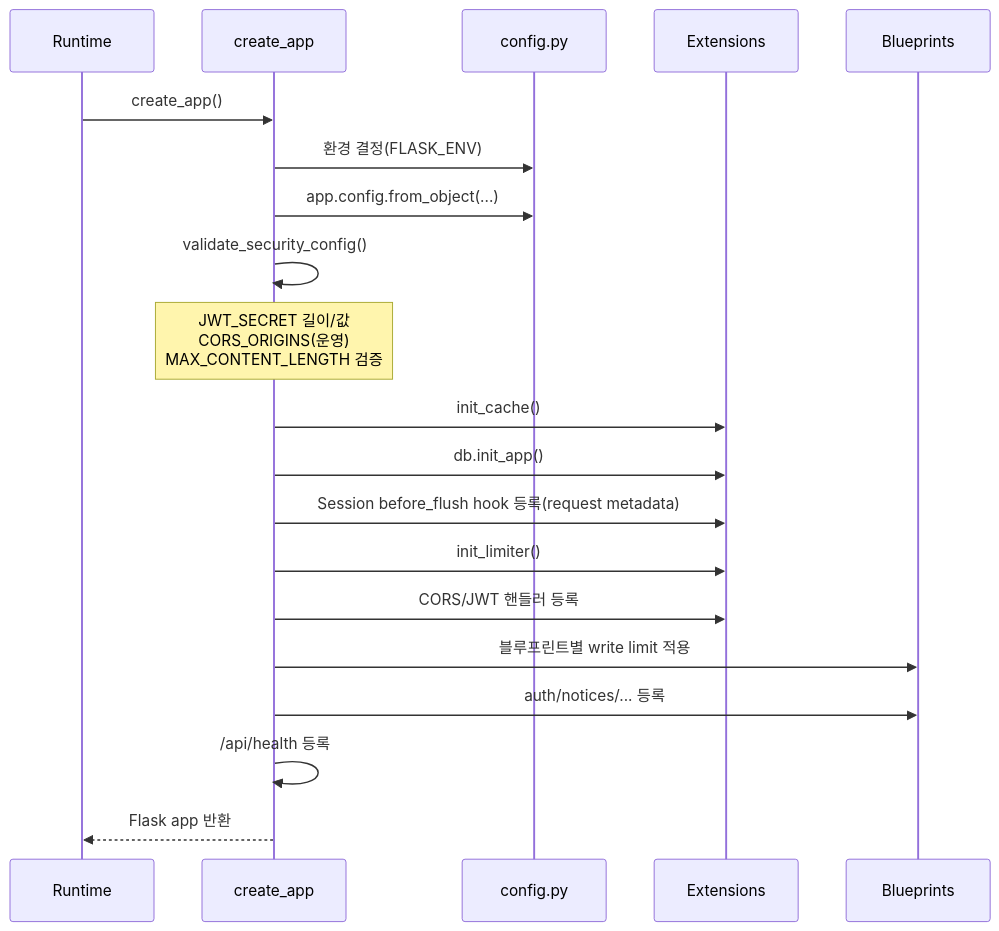
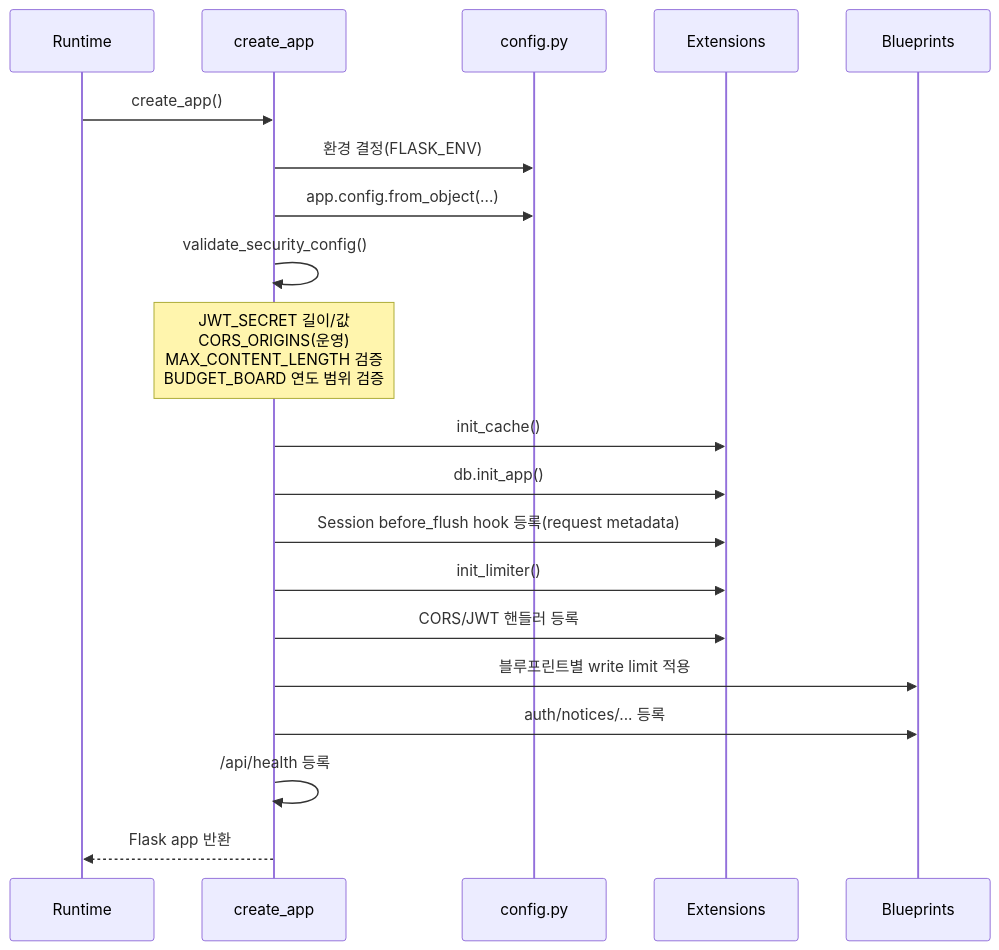
The second of 10 diagrams in backend/docs/backend_architecture.md (hanjm-github/beomseo.in), drawn with Mermaid before and after one commit. The commit also changed other lines of this file and 29 other files, not shown here.

````diff
--- a/backend/docs/backend_architecture.md
+++ b/backend/docs/backend_architecture.md
@@ -45,23 +45,23 @@
 ```mermaid
 sequenceDiagram
     participant Runtime as Runtime
     participant App as create_app
     participant Config as config.py
     participant Ext as Extensions
     participant BP as Blueprints
 
     Runtime->>App: create_app()
     App->>Config: 환경 결정(FLASK_ENV)
     App->>Config: app.config.from_object(...)
     App->>App: validate_security_config()
-    Note over App: JWT_SECRET 길이/값<br/>CORS_ORIGINS(운영)<br/>MAX_CONTENT_LENGTH 검증
+    Note over App: JWT_SECRET 길이/값<br/>CORS_ORIGINS(운영)<br/>MAX_CONTENT_LENGTH 검증<br/>BUDGET_BOARD 연도 범위 검증
     App->>Ext: init_cache()
     App->>Ext: db.init_app()
     App->>Ext: Session before_flush hook 등록(request metadata)
     App->>Ext: init_limiter()
     App->>Ext: CORS/JWT 핸들러 등록
     App->>BP: 블루프린트별 write limit 적용
     App->>BP: auth/notices/... 등록
     App->>App: /api/health 등록
     App-->>Runtime: Flask app 반환
 ```
````
